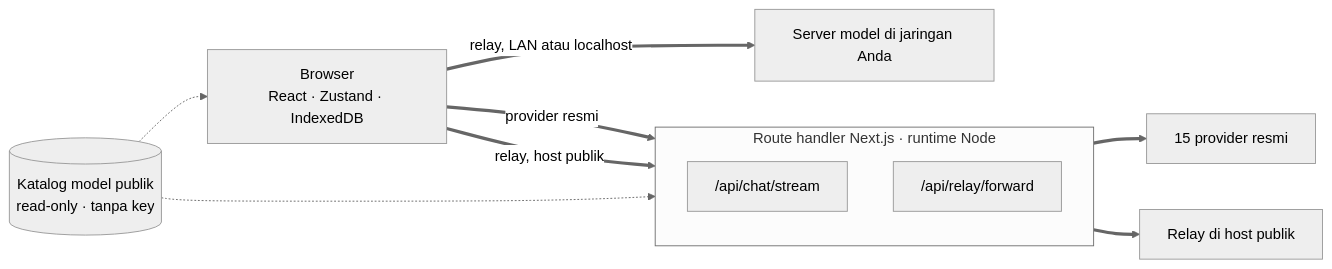
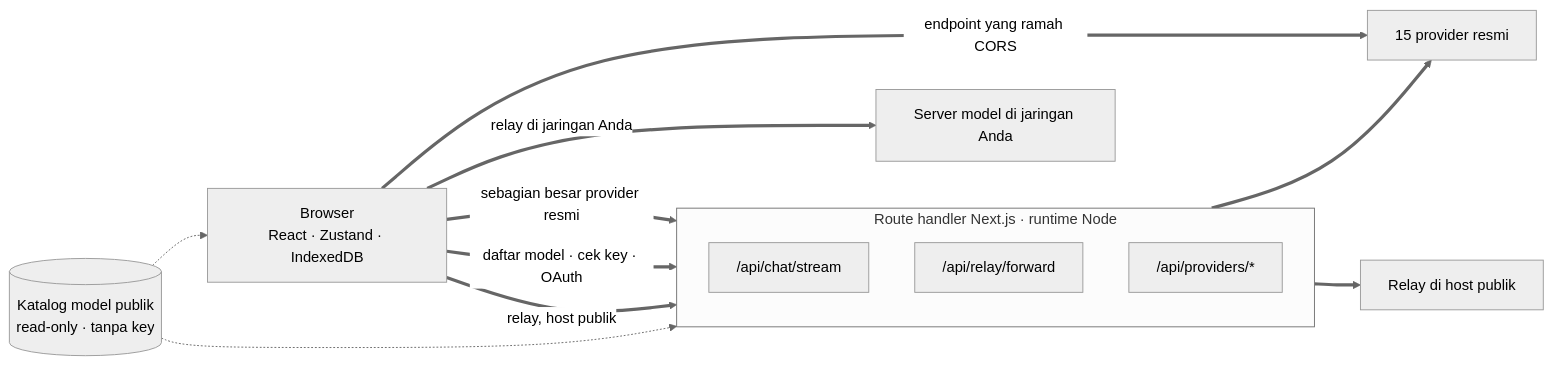
The first of 2 diagrams in readme_i18n/id/web.md (oriveo/oriveo), drawn with Mermaid (neutral theme) before and after one commit. The commit also changed other lines of this file and 62 other files, not shown here.

````diff
--- a/readme_i18n/id/web.md
+++ b/readme_i18n/id/web.md
@@ -62,21 +62,24 @@
 ```mermaid
 flowchart LR
     browser["Browser<br/>React · Zustand · IndexedDB"]
 
     subgraph server ["Route handler Next.js · runtime Node"]
         direction TB
         chat["/api/chat/stream"]
         fwd["/api/relay/forward"]
+        prov["/api/providers/*"]
     end
 
     official["15 provider resmi"]
     pubrelay["Relay di host publik"]
     lan["Server model di jaringan Anda"]
     catalog[("Katalog model publik<br/>read-only · tanpa key")]
 
-    browser ==>|"provider resmi"| chat ==> official
+    browser ==>|"sebagian besar provider resmi"| chat ==> official
+    browser ==>|"daftar model · cek key · OAuth"| prov
     browser ==>|"relay, host publik"| fwd ==> pubrelay
-    browser ==>|"relay, LAN atau localhost"| lan
+    browser ==>|"relay di jaringan Anda"| lan
+    browser ==>|"endpoint yang ramah CORS"| official
     catalog -.-> browser
     catalog -.-> chat
 ```
````
